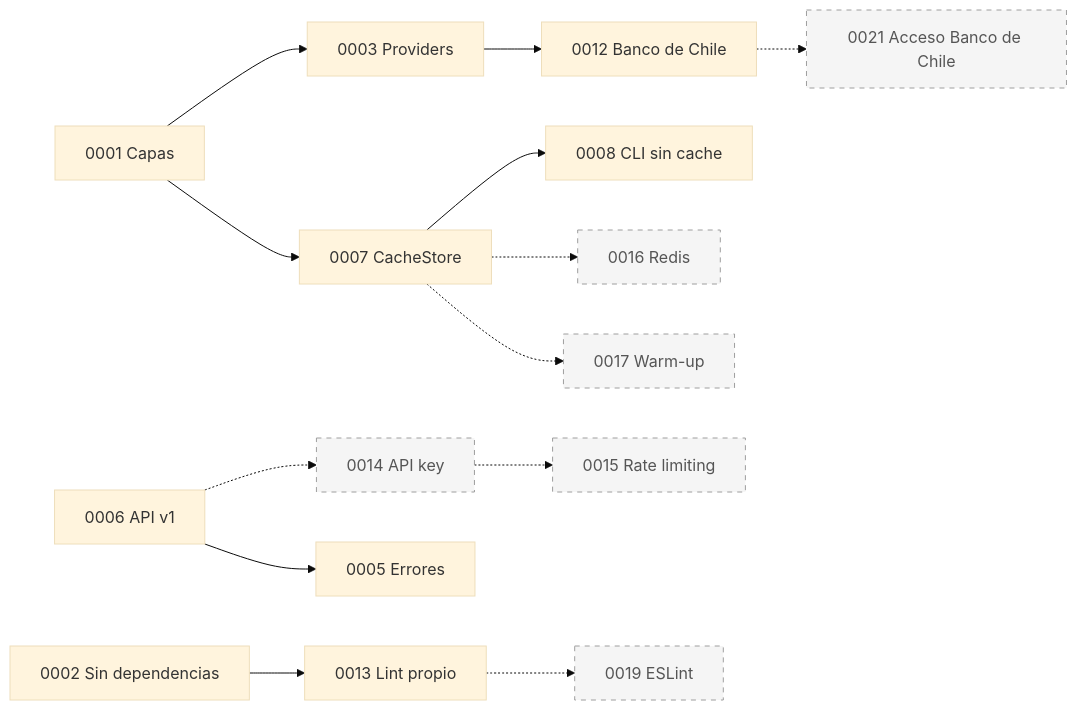
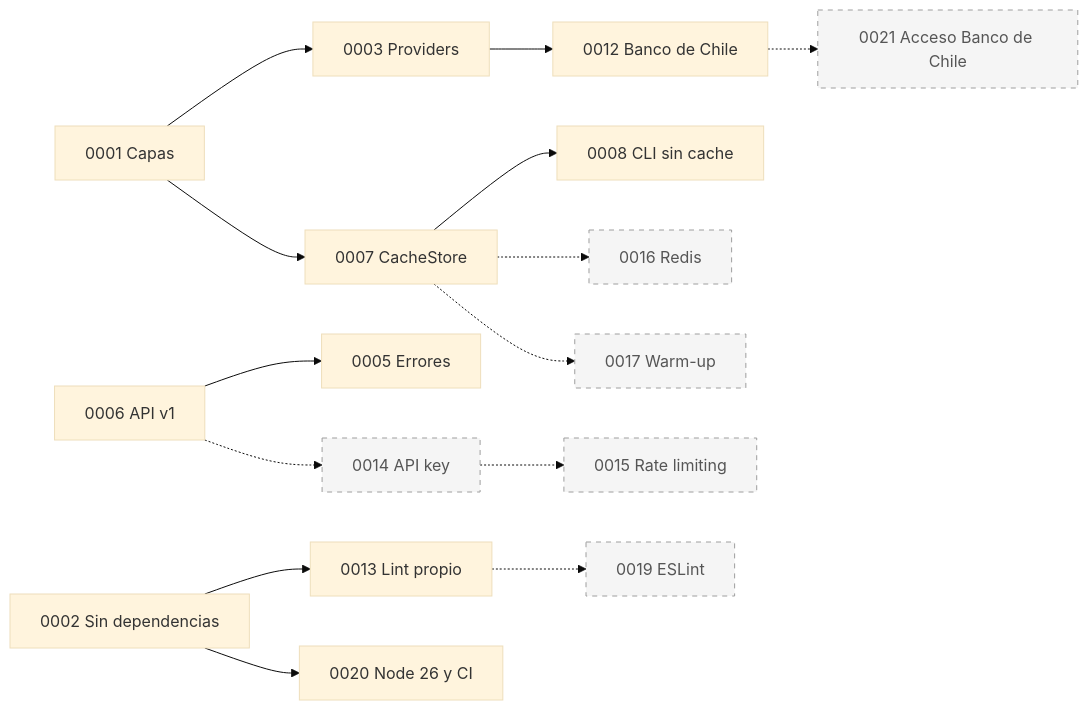
One commit to sebcld/benefits-aggregator-cl changed the diagram in docs/adr/README.md. Above: the diagram before and after it, drawn with Mermaid (base theme). The commit also changed other lines of this file and 6 other files, not shown here.

````diff
--- a/docs/adr/README.md
+++ b/docs/adr/README.md
@@ -35,18 +35,19 @@
 ```mermaid
 flowchart LR
   a0001["0001 Capas"] --> a0003["0003 Providers"]
   a0001 --> a0007["0007 CacheStore"]
   a0002["0002 Sin dependencias"] --> a0013["0013 Lint propio"]
+  a0002 --> a0020["0020 Node 26 y CI"]
   a0003 --> a0012["0012 Banco de Chile"]
   a0006["0006 API v1"] --> a0005["0005 Errores"]
   a0007 --> a0008["0008 CLI sin cache"]
   a0007 -.-> p0016["0016 Redis"]
   a0007 -.-> p0017["0017 Warm-up"]
   a0006 -.-> p0014["0014 API key"]
   p0014 -.-> p0015["0015 Rate limiting"]
   a0012 -.-> p0021["0021 Acceso Banco de Chile"]
   a0013 -.-> p0019["0019 ESLint"]
 
   classDef propuesto fill:#f5f5f5,stroke:#9e9e9e,stroke-dasharray:5 5,color:#555555
   class p0014,p0015,p0016,p0017,p0019,p0021 propuesto
 ```
````
